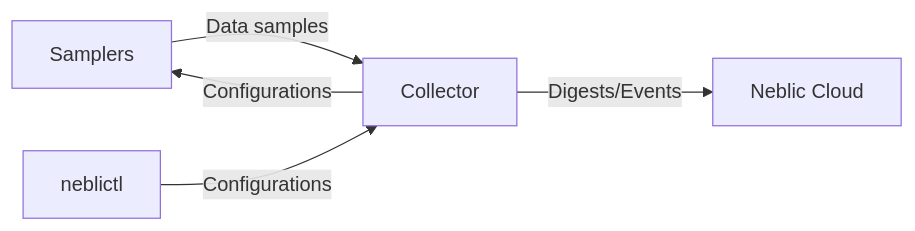
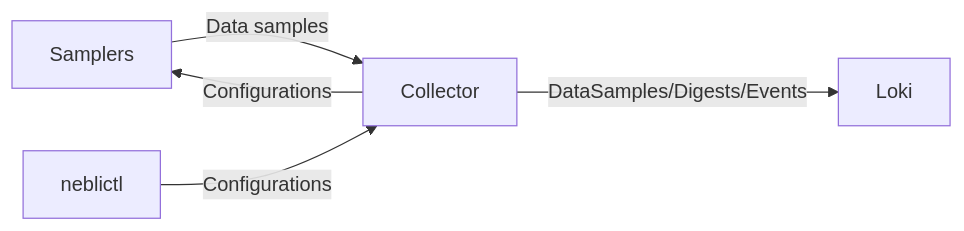
The diagram in docs/content/getting-started/concepts.md (neblic/platform), drawn with Mermaid before and after one commit. The commit also changed 18 other files, not shown here.

````diff
--- a/docs/content/getting-started/concepts.md
+++ b/docs/content/getting-started/concepts.md
@@ -7,7 +7,7 @@
 ```mermaid
 graph LR;
     Samplers--Data samples-->col[Collector]
     col--Configurations-->Samplers
-    col--Digests/Events-->neblic[Neblic Cloud]
+    col--DataSamples/Digests/Events -->Loki
     ctl[neblictl]--Configurations-->col
 ```
````
